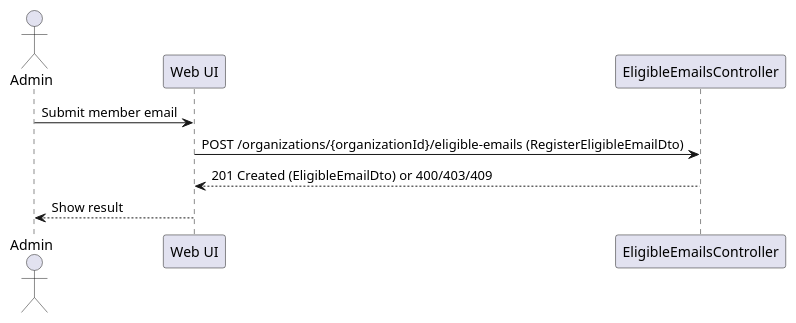
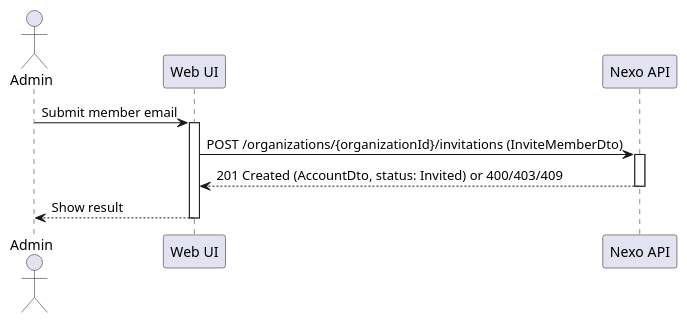
The diagram in docs/us/US-002/sd/level-2/puml/US-002-level-2.puml (vscosousa/Nexo), drawn with PlantUML before and after one commit. The commit also changed 60 other files, not shown here.

Commit message:
Restructure SSD/SD diagrams: activation bars, FE/BE split

```diff
--- a/docs/us/US-002/sd/level-2/puml/US-002-level-2.puml
+++ b/docs/us/US-002/sd/level-2/puml/US-002-level-2.puml
@@ -1,9 +1,13 @@
 @startuml
 actor "Admin" as Admin
 participant "Web UI" as UI
-participant "EligibleEmailsController" as Controller
+participant "Nexo API" as API
 Admin -> UI: Submit member email
-UI -> Controller: POST /organizations/{organizationId}/eligible-emails (RegisterEligibleEmailDto)
-Controller --> UI: 201 Created (EligibleEmailDto) or 400/403/409
+activate UI
+UI -> API: POST /organizations/{organizationId}/invitations (InviteMemberDto)
+activate API
+API --> UI: 201 Created (AccountDto, status: Invited) or 400/403/409
+deactivate API
 UI --> Admin: Show result
+deactivate UI
 @enduml
```
